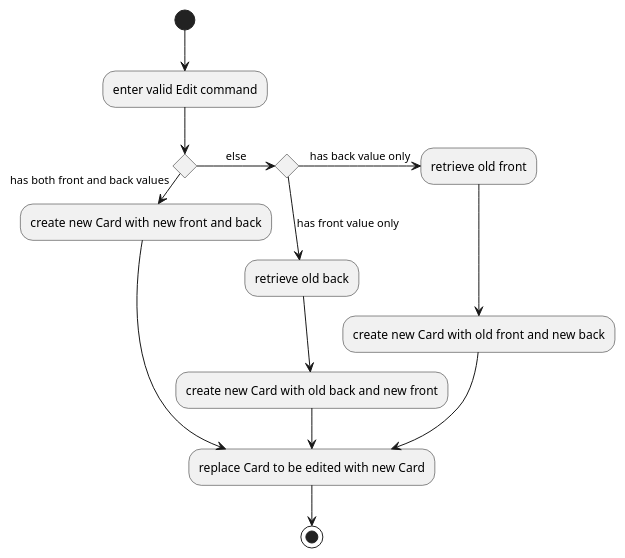
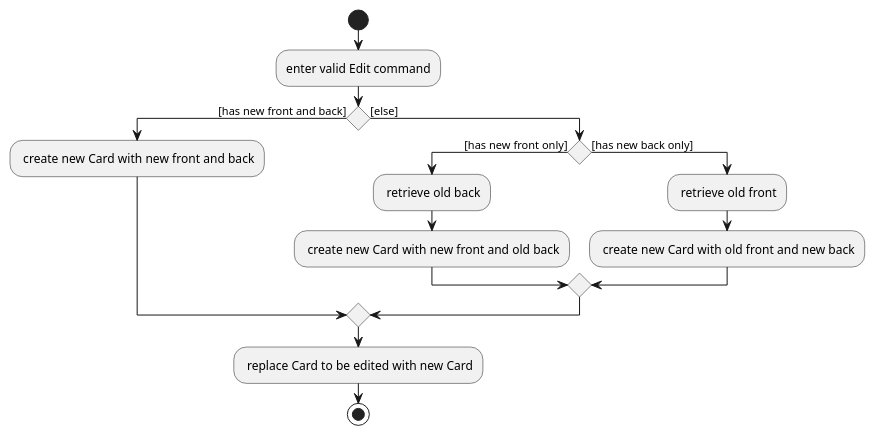
The diagram in docs/diagrams/EditCardActivityDiagram.puml (oLiXino/main), drawn with PlantUML before and after one commit. The commit also changed 1 other file, not shown here.

Commit message:
Update edit card activity diagram

```diff
--- a/docs/diagrams/EditCardActivityDiagram.puml
+++ b/docs/diagrams/EditCardActivityDiagram.puml
@@ -1,18 +1,18 @@
 @startuml
-(*) --> "enter valid Edit command"
-If "" then
--> [has both front and back values] "create new Card with new front and back"
---> "replace Card to be edited with new Card"
-else
--> [else] If "" then
---> [has front value only] "retrieve old back"
---> "create new Card with old back and new front"
---> "replace Card to be edited with new Card"
-else
--> [has back value only] "retrieve old front"
---> "create new Card with old front and new back"
-Endif
-Endif
---> "replace Card to be edited with new Card"
---> (*)
-@enduml
+start
+ :enter valid Edit command;
+
+ if () then ([has new front and back])
+   : create new Card with new front and back;
+ else ([else])
+    if () then ([has new front only])
+        : retrieve old back;
+        : create new Card with new front and old back;
+    else ([has new back only])
+        : retrieve old front;
+        : create new Card with old front and new back;
+    endif
+ endif
+ : replace Card to be edited with new Card;
+ stop
+ @enduml
```
